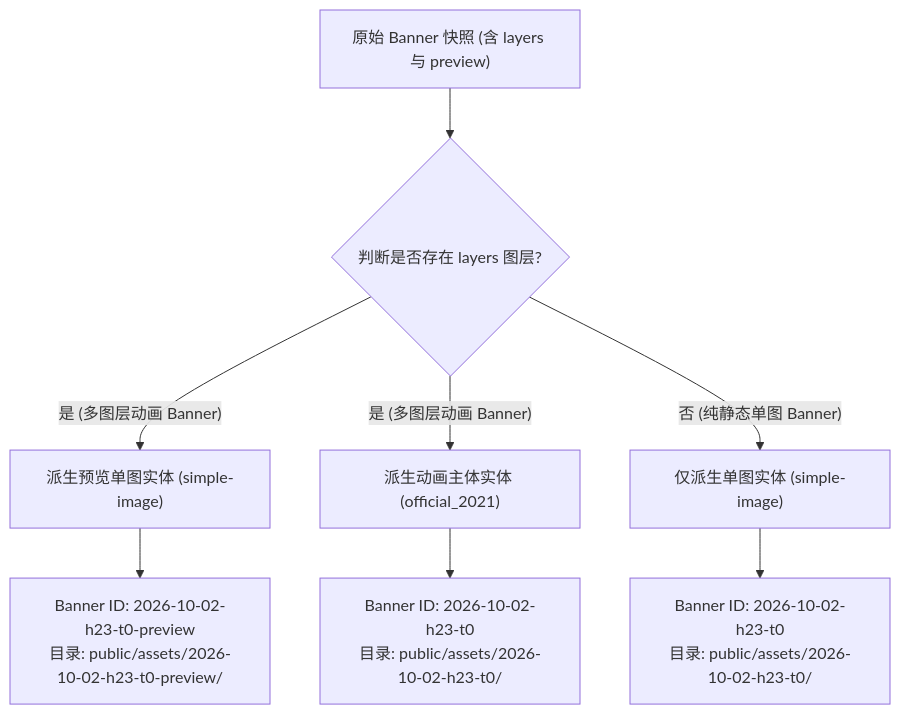
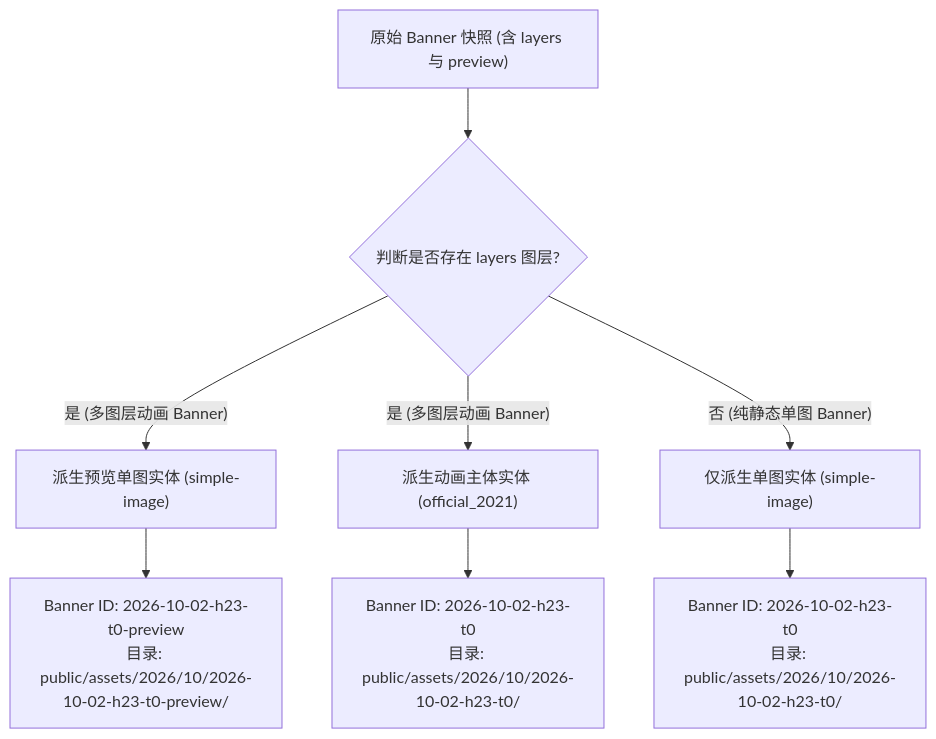
One commit to b23-org/bilibili-banner changed the second of 2 diagrams in docs/architecture/README.md. Above: the diagram before and after it, drawn with Mermaid. The commit also changed other lines of this file and 7 other files, not shown here.

````diff
--- a/docs/architecture/README.md
+++ b/docs/architecture/README.md
@@ -59,11 +59,11 @@
 ```mermaid
 flowchart TD
     API["原始 Banner 快照 (含 layers 与 preview)"] --> D{"判断是否存在 layers 图层?"}
     D -- "是 (多图层动画 Banner)" --> E["派生预览单图实体 (simple-image)"]
     D -- "是 (多图层动画 Banner)" --> F["派生动画主体实体 (official_2021)"]
     D -- "否 (纯静态单图 Banner)" --> G["仅派生单图实体 (simple-image)"]
 
-    E --> ID1["Banner ID: 2026-10-02-h23-t0-preview<br/>目录: public/assets/2026-10-02-h23-t0-preview/"]
-    F --> ID2["Banner ID: 2026-10-02-h23-t0<br/>目录: public/assets/2026-10-02-h23-t0/"]
-    G --> ID3["Banner ID: 2026-10-02-h23-t0<br/>目录: public/assets/2026-10-02-h23-t0/"]
+    E --> ID1["Banner ID: 2026-10-02-h23-t0-preview<br/>目录: public/assets/2026/10/2026-10-02-h23-t0-preview/"]
+    F --> ID2["Banner ID: 2026-10-02-h23-t0<br/>目录: public/assets/2026/10/2026-10-02-h23-t0/"]
+    G --> ID3["Banner ID: 2026-10-02-h23-t0<br/>目录: public/assets/2026/10/2026-10-02-h23-t0/"]
 ```
````
